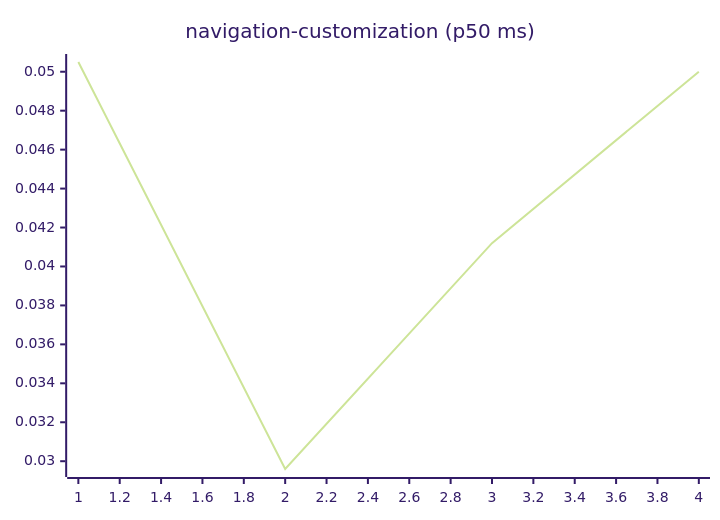
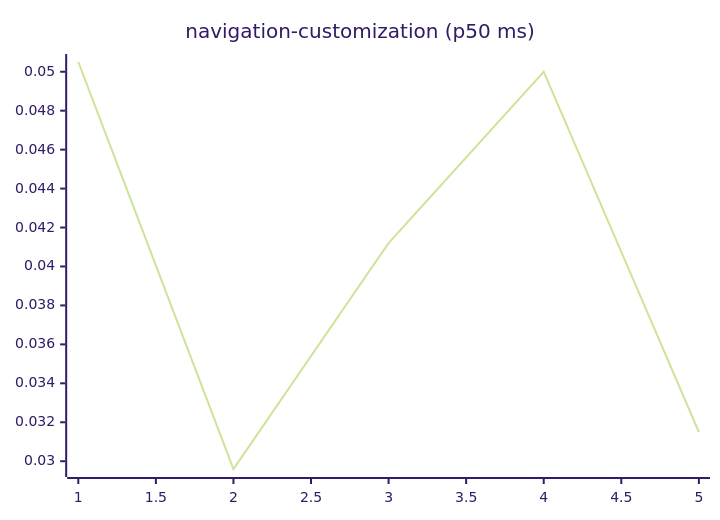
Diagram 15 of 27 in README.md (josha/Facet), drawn with Mermaid (forest theme) before and after one commit. The commit also changed other lines of this file and 2 other files, not shown here.

````diff
--- a/README.md
+++ b/README.md
@@ -161,6 +161,6 @@
 ```mermaid
 xychart-beta
     title "navigation-customization (p50 ms)"
-    x-axis 1 --> 4
-    line [0.0505, 0.0296, 0.0412, 0.0500]
+    x-axis 1 --> 5
+    line [0.0505, 0.0296, 0.0412, 0.0500, 0.0315]
 ```
````
